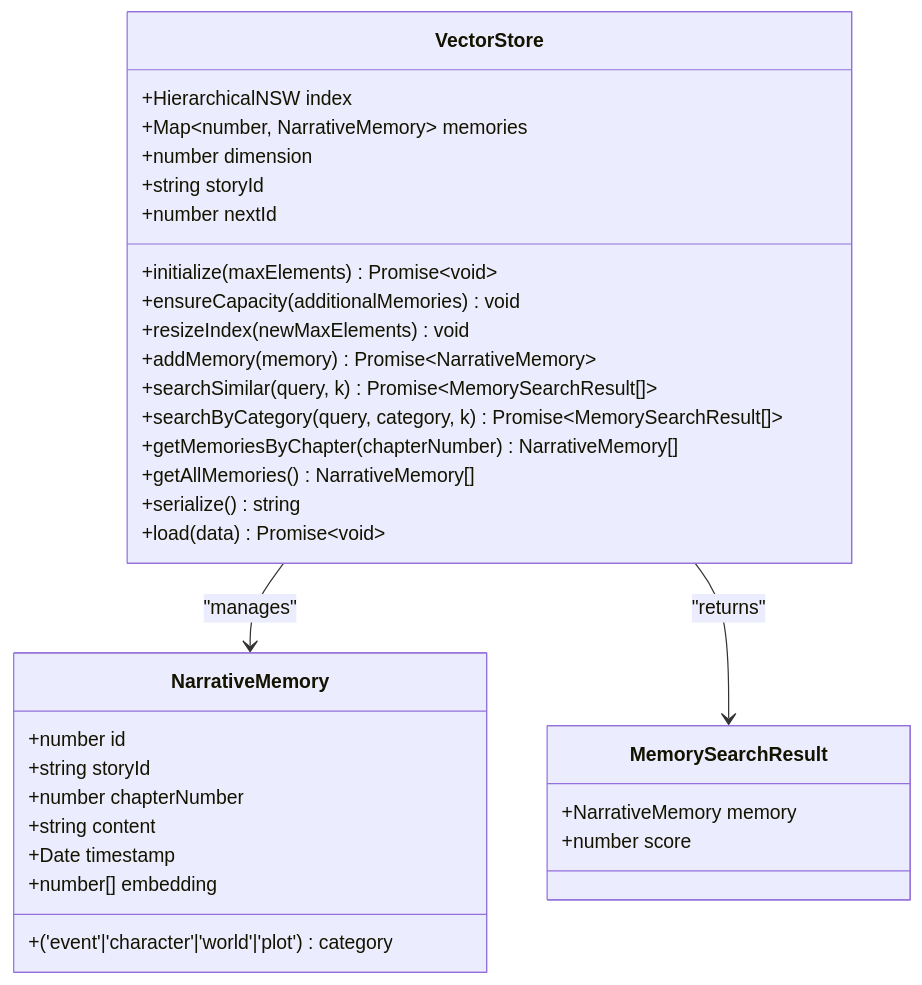
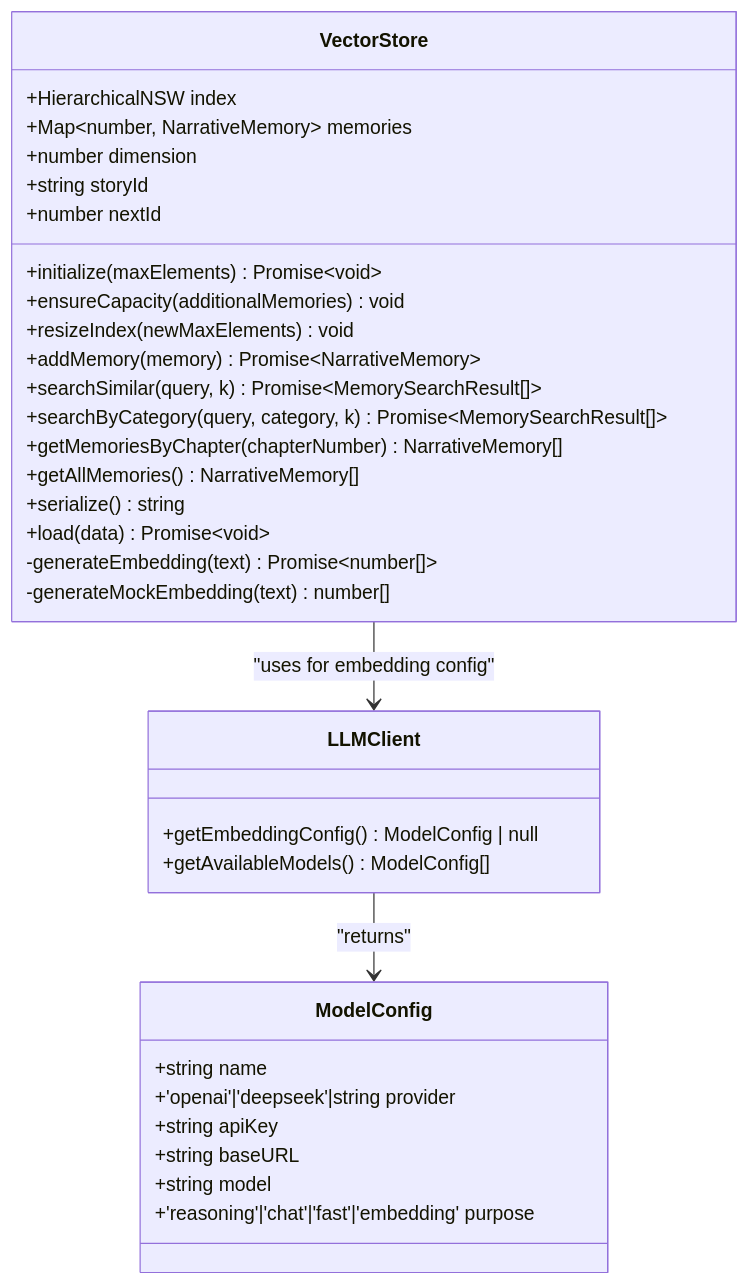
Before and after one commit to liwonder/NARRITIVE_OS: the third of 14 diagrams in .qoder/repowiki/en/content/Memory Management System/Memory Management System.md, drawn with Mermaid. The commit also changed other lines of this file and 12 other files, not shown here.

Commit message:
new model provider support: alibaba and ark

````diff
--- a/.qoder/repowiki/en/content/Memory Management System/Memory Management System.md
+++ b/.qoder/repowiki/en/content/Memory Management System/Memory Management System.md
@@ -238,35 +255,36 @@
 ```mermaid
 classDiagram
 class VectorStore {
 +HierarchicalNSW index
 +Map~number, NarrativeMemory~ memories
 +number dimension
 +string storyId
 +number nextId
 +initialize(maxElements) Promise~void~
 +ensureCapacity(additionalMemories) void
 +resizeIndex(newMaxElements) void
 +addMemory(memory) Promise~NarrativeMemory~
 +searchSimilar(query, k) Promise~MemorySearchResult[]~
 +searchByCategory(query, category, k) Promise~MemorySearchResult[]~
 +getMemoriesByChapter(chapterNumber) NarrativeMemory[]
 +getAllMemories() NarrativeMemory[]
 +serialize() string
 +load(data) Promise~void~
+-generateEmbedding(text) Promise~number[]~
+-generateMockEmbedding(text) number[]
 }
-class NarrativeMemory {
-+number id
-+string storyId
-+number chapterNumber
-+string content
-+('event'|'character'|'world'|'plot') category
-+Date timestamp
-+number[] embedding
+class LLMClient {
++getEmbeddingConfig() ModelConfig | null
++getAvailableModels() ModelConfig[]
 }
-class MemorySearchResult {
-+NarrativeMemory memory
-+number score
+class ModelConfig {
++string name
++'openai'|'deepseek'|string provider
++string apiKey
++string baseURL
++string model
++'reasoning'|'chat'|'fast'|'embedding' purpose
 }
-VectorStore --> NarrativeMemory : "manages"
-VectorStore --> MemorySearchResult : "returns"
+VectorStore --> LLMClient : "uses for embedding config"
+LLMClient --> ModelConfig : "returns"
 ```
````
